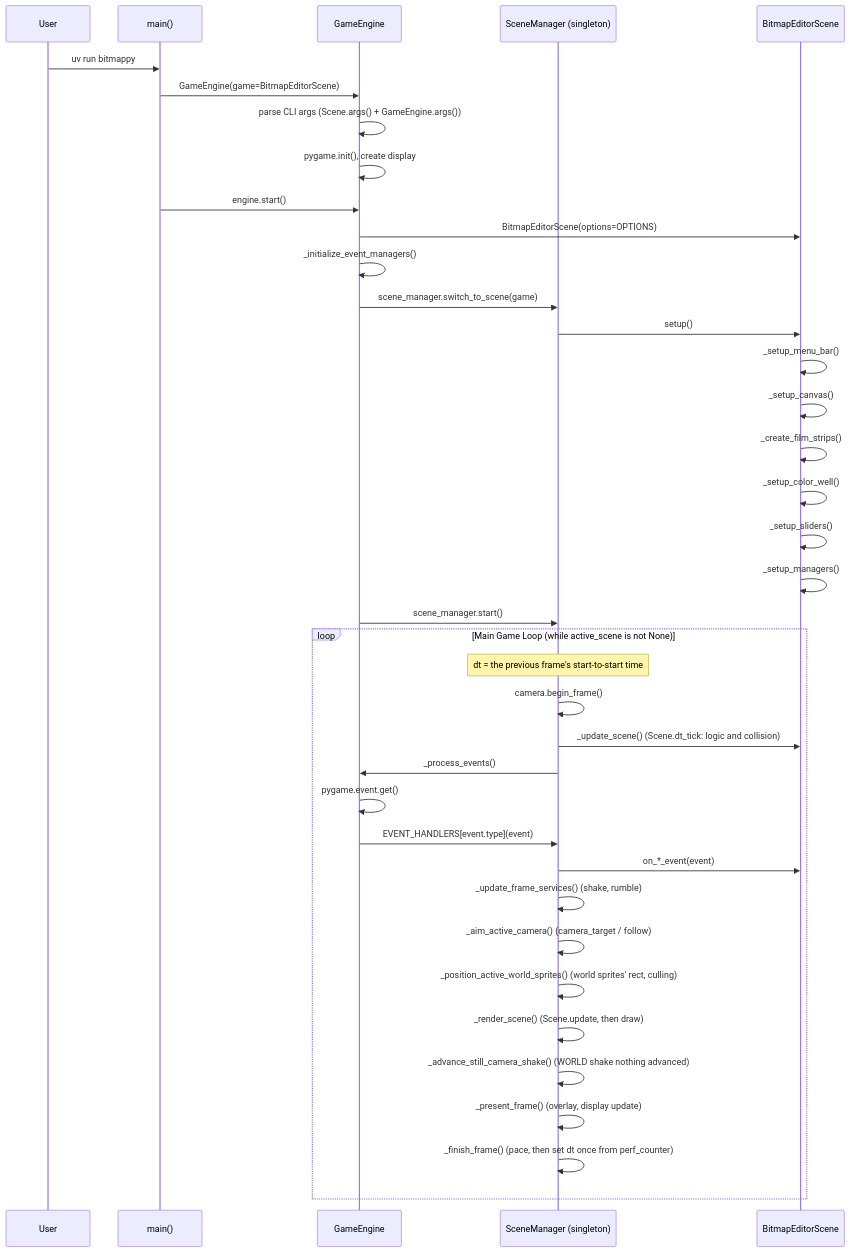
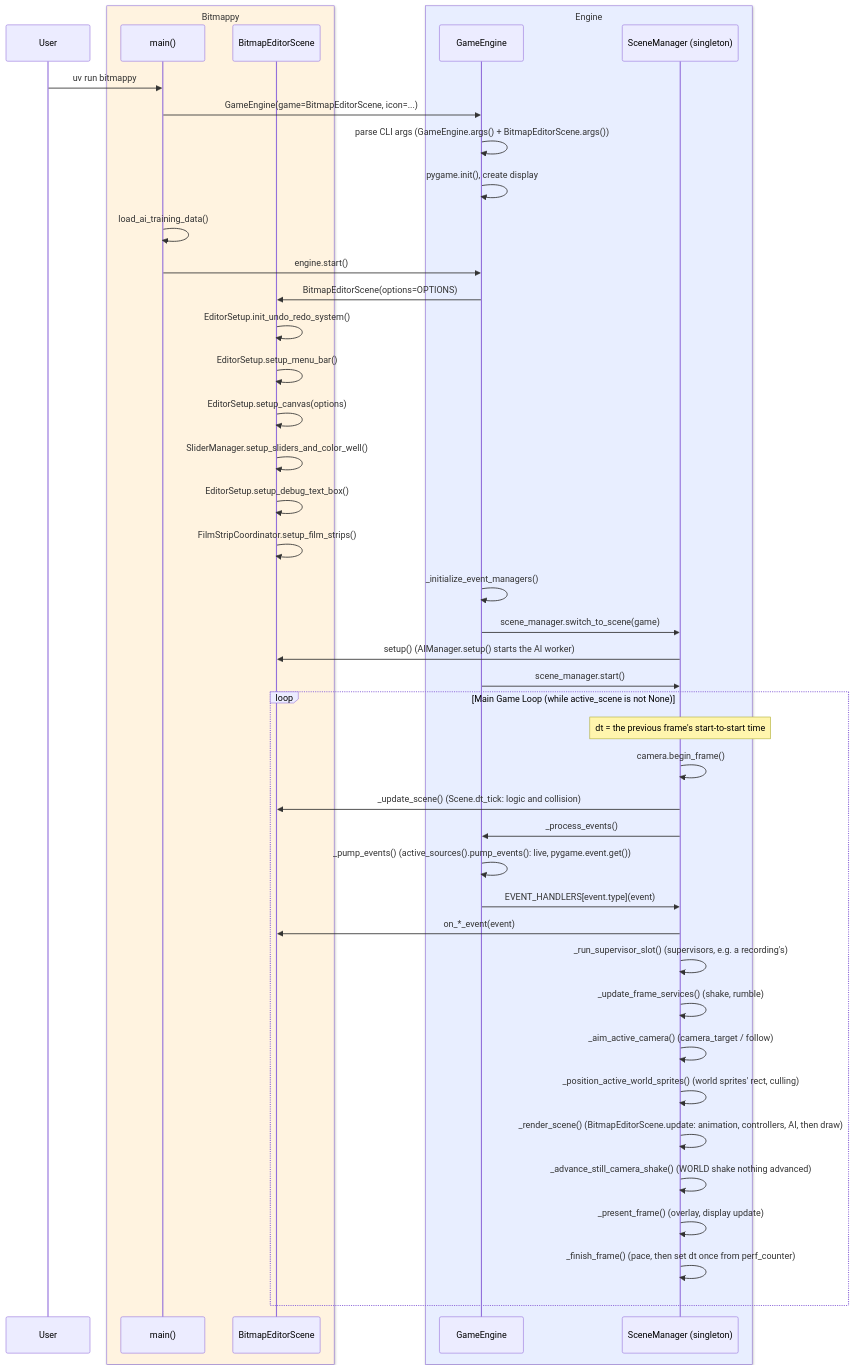
Before and after one commit to terrysimons/glitchygames: the first of 10 diagrams in docs/architecture/bitmappy.md, drawn with Mermaid. The commit also changed other lines of this file and 571 other files, not shown here.

Commit message:
Post-replay cleanup: engine, games, docs, recording metrics and a bug-fix round (#96)

````diff
--- a/docs/architecture/bitmappy.md
+++ b/docs/architecture/bitmappy.md
@@ -11,42 +12,48 @@
 ```mermaid
 sequenceDiagram
     participant User
+    box rgb(255,243,224) Bitmappy
     participant main as main()
+    participant BES as BitmapEditorScene
+    end
+    box rgb(232,238,255) Engine
     participant GE as GameEngine
     participant SM as SceneManager (singleton)
-    participant BES as BitmapEditorScene
+    end
 
     User->>main: uv run bitmappy
-    main->>GE: GameEngine(game=BitmapEditorScene)
-    GE->>GE: parse CLI args (Scene.args() + GameEngine.args())
+    main->>GE: GameEngine(game=BitmapEditorScene, icon=...)
+    GE->>GE: parse CLI args (GameEngine.args() + BitmapEditorScene.args())
     GE->>GE: pygame.init(), create display
+    main->>main: load_ai_training_data()
     main->>GE: engine.start()
     GE->>BES: BitmapEditorScene(options=OPTIONS)
+    BES->>BES: EditorSetup.init_undo_redo_system()
+    BES->>BES: EditorSetup.setup_menu_bar()
+    BES->>BES: EditorSetup.setup_canvas(options)
+    BES->>BES: SliderManager.setup_sliders_and_color_well()
+    BES->>BES: EditorSetup.setup_debug_text_box()
+    BES->>BES: FilmStripCoordinator.setup_film_strips()
     GE->>GE: _initialize_event_managers()
     GE->>SM: scene_manager.switch_to_scene(game)
-    SM->>BES: setup()
-    BES->>BES: _setup_menu_bar()
-    BES->>BES: _setup_canvas()
-    BES->>BES: _create_film_strips()
-    BES->>BES: _setup_color_well()
-    BES->>BES: _setup_sliders()
-    BES->>BES: _setup_managers()
+    SM->>BES: setup() (AIManager.setup() starts the AI worker)
     GE->>SM: scene_manager.start()
 
     loop Main Game Loop (while active_scene is not None)
         Note over SM: dt = the previous frame's start-to-start time
         SM->>SM: camera.begin_frame()
         SM->>BES: _update_scene() (Scene.dt_tick: logic and collision)
         SM->>GE: _process_events()
-        GE->>GE: pygame.event.get()
+        GE->>GE: _pump_events() (active_sources().pump_events(): live, pygame.event.get())
         GE->>SM: EVENT_HANDLERS[event.type](event)
         SM->>BES: on_*_event(event)
+        SM->>SM: _run_supervisor_slot() (supervisors, e.g. a recording's)
         SM->>SM: _update_frame_services() (shake, rumble)
         SM->>SM: _aim_active_camera() (camera_target / follow)
         SM->>SM: _position_active_world_sprites() (world sprites' rect, culling)
-        SM->>SM: _render_scene() (Scene.update, then draw)
+        SM->>SM: _render_scene() (BitmapEditorScene.update: animation, controllers, AI, then draw)
         SM->>SM: _advance_still_camera_shake() (WORLD shake nothing advanced)
         SM->>SM: _present_frame() (overlay, display update)
         SM->>SM: _finish_frame() (pace, then set dt once from perf_counter)
     end
 ```
````
